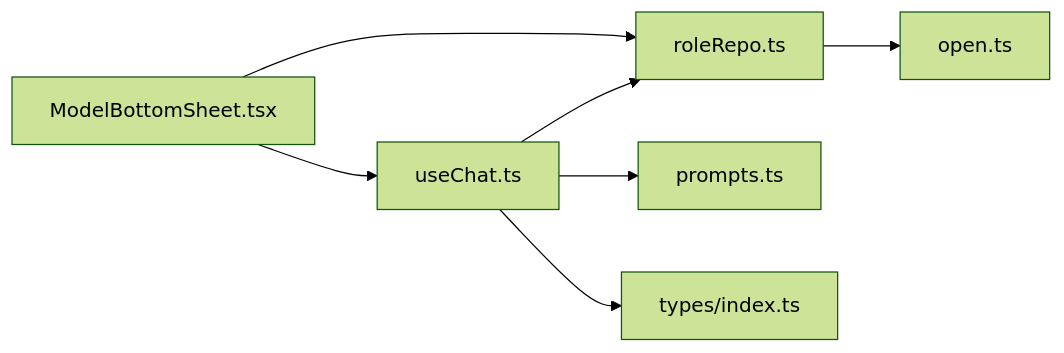
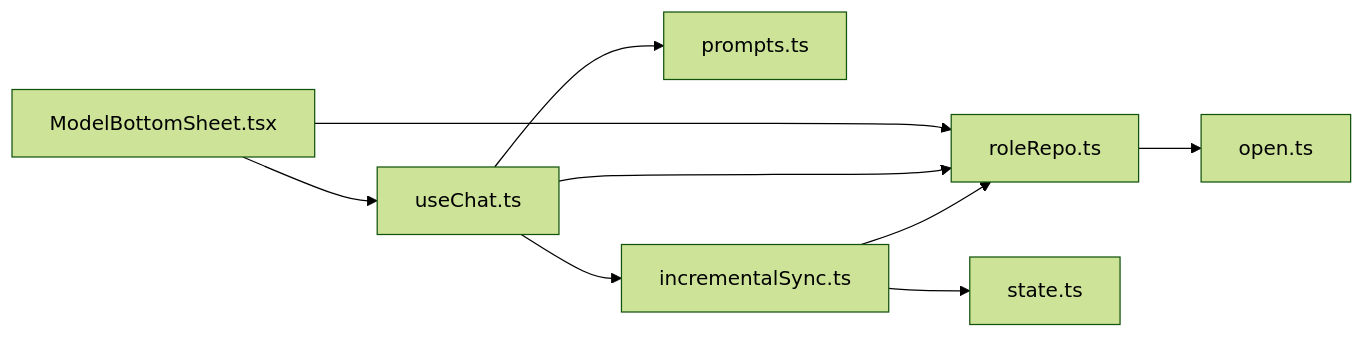
One commit to billye220670/AIShop changed the eighth of 8 diagrams in .qoder/repowiki/zh/content/聊天模块/角色系统.md. Above: the diagram before and after it, drawn with Mermaid (forest theme). The commit also changed other lines of this file and 30 other files, not shown here.

First line of the commit message:
fix: 修复 BYOC 自动同步与流式输出的竞态（圆点中断、Load failed、图片不可用）

````diff
--- a/.qoder/repowiki/zh/content/聊天模块/角色系统.md
+++ b/.qoder/repowiki/zh/content/聊天模块/角色系统.md
@@ -248,9 +305,11 @@
 ```mermaid
 graph LR
 MS["ModelBottomSheet.tsx"] --> RR["roleRepo.ts"]
 MS --> UC["useChat.ts"]
 UC --> RR
 RR --> OP["open.ts"]
 UC --> PR["prompts.ts"]
-UC --> TY["types/index.ts"]
+UC --> IS["incrementalSync.ts"]
+IS --> ST["state.ts"]
+IS --> RR
 ```
````
